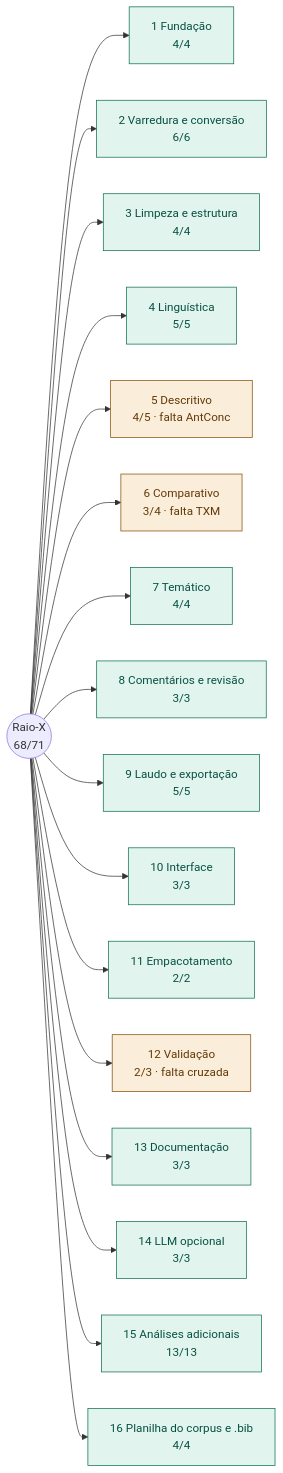
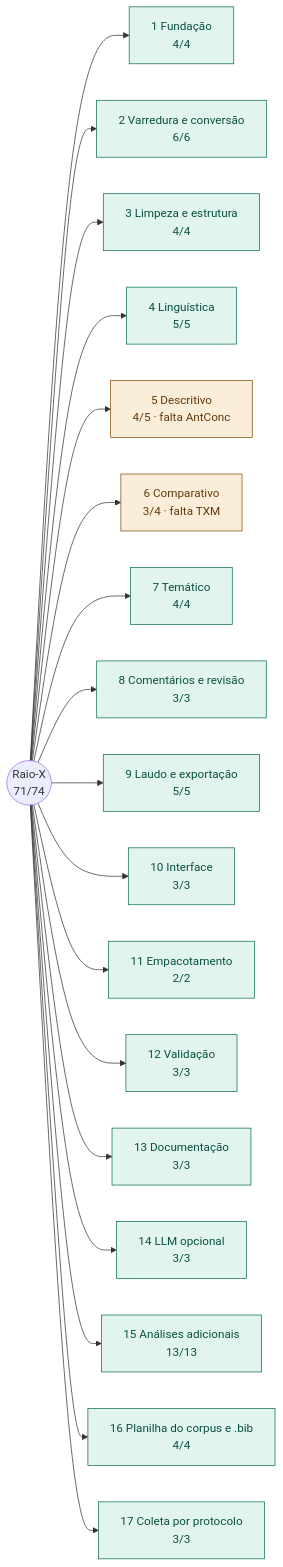
One commit to fariaswladimir/raio-x changed the second of 2 diagrams in README.md. Above: the diagram before and after it, drawn with Mermaid. The commit also changed other lines of this file and 19 other files, not shown here.

First line of the commit message:
Validação cruzada (12.2) com pacotes R e correção na exportação IRaMuTeQ

````diff
--- a/README.md
+++ b/README.md
@@ -163,22 +163,23 @@
 ```mermaid
 flowchart LR
-    RX(("Raio-X<br/>68/71"))
+    RX(("Raio-X<br/>71/74"))
     RX --> F1["1 Fundação<br/>4/4"]:::ok
     RX --> F2["2 Varredura e conversão<br/>6/6"]:::ok
     RX --> F3["3 Limpeza e estrutura<br/>4/4"]:::ok
     RX --> F4["4 Linguística<br/>5/5"]:::ok
     RX --> F5["5 Descritivo<br/>4/5 · falta AntConc"]:::parcial
     RX --> F6["6 Comparativo<br/>3/4 · falta TXM"]:::parcial
     RX --> F7["7 Temático<br/>4/4"]:::ok
     RX --> F8["8 Comentários e revisão<br/>3/3"]:::ok
     RX --> F9["9 Laudo e exportação<br/>5/5"]:::ok
     RX --> F10["10 Interface<br/>3/3"]:::ok
     RX --> F11["11 Empacotamento<br/>2/2"]:::ok
-    RX --> F12["12 Validação<br/>2/3 · falta cruzada"]:::parcial
+    RX --> F12["12 Validação<br/>3/3"]:::ok
     RX --> F13["13 Documentação<br/>3/3"]:::ok
     RX --> F14["14 LLM opcional<br/>3/3"]:::ok
     RX --> F15["15 Análises adicionais<br/>13/13"]:::ok
     RX --> F16["16 Planilha do corpus e .bib<br/>4/4"]:::ok
+    RX --> F17["17 Coleta por protocolo<br/>3/3"]:::ok
     classDef ok fill:#e1f5ee,stroke:#0f6e56,color:#085041
     classDef parcial fill:#faeeda,stroke:#854f0b,color:#633806
 ```
````
